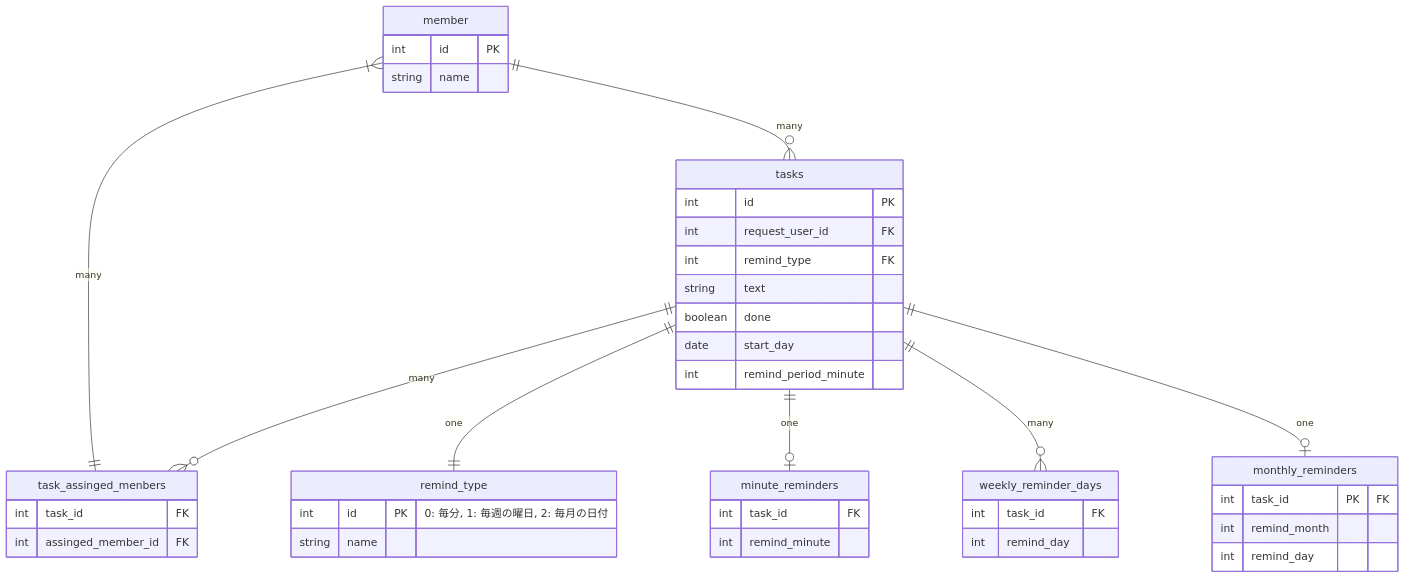
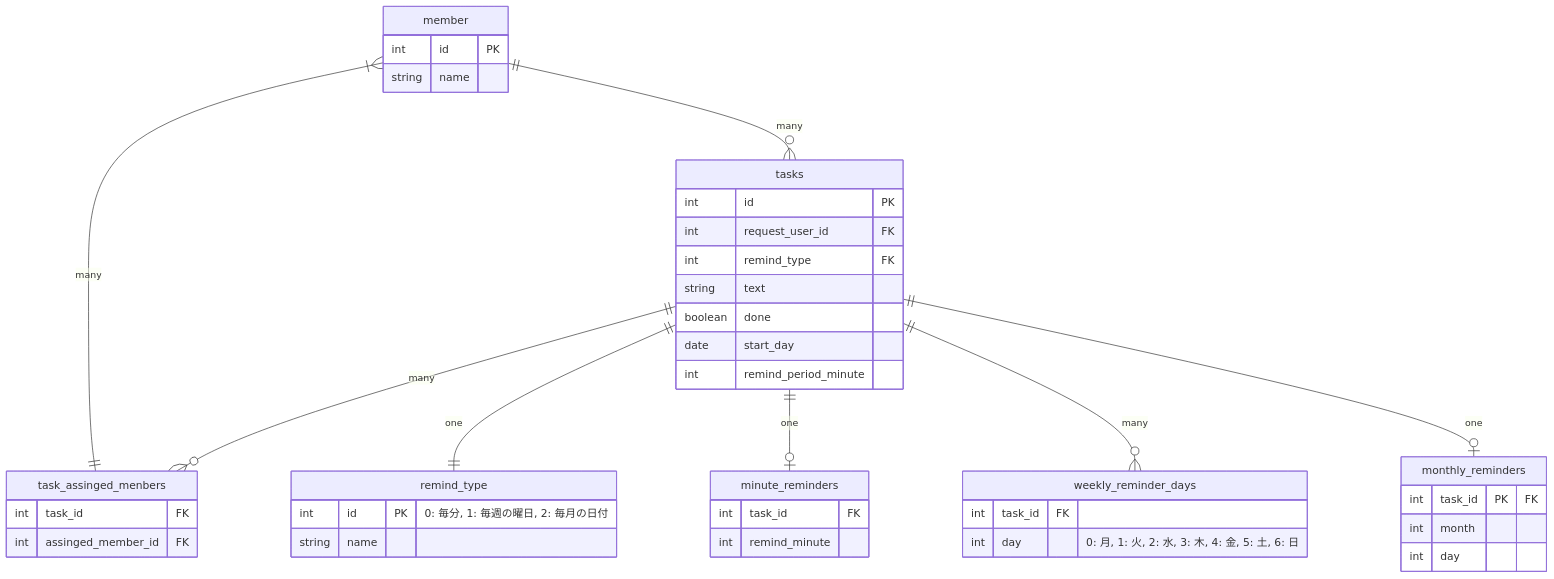
Before and after one commit to HitoroOhria/praha-challenge: the diagram in db/db-modeling-4/README.md, drawn with Mermaid.

Commit message:
冗長性のあるカラム名を修正

````diff
--- a/db/db-modeling-4/README.md
+++ b/db/db-modeling-4/README.md
@@ -5,51 +5,51 @@
 ```mermaid
 erDiagram
 
 member ||--o{ tasks : "many"
 member }|--|| task_assinged_menbers : "many"
 member {
   int id PK
   string name
 }
 
 tasks ||--o{ task_assinged_menbers : "many"
 tasks ||--|| remind_type : "one"
 tasks ||--o| minute_reminders : "one"
 tasks ||--o{ weekly_reminder_days : "many"
 tasks ||--o| monthly_reminders : "one"
 tasks {
   int id PK
   int request_user_id FK
   int remind_type FK
   string text
   boolean done
   date start_day
   int remind_period_minute
 }
 
 task_assinged_menbers {
   int task_id FK
   int assinged_member_id FK 
 }
 
 remind_type {
   int id PK "0: 毎分, 1: 毎週の曜日, 2: 毎月の日付"
   string name
 }
 
 minute_reminders {
   int task_id FK
   int remind_minute
 }
 
 weekly_reminder_days {
   int task_id FK
-  int remind_day
+  int day "0: 月, 1: 火, 2: 水, 3: 木, 4: 金, 5: 土, 6: 日"
 }
 
 monthly_reminders {
   int task_id PK "FK"
-  int remind_month 
-  int remind_day
+  int month 
+  int day
 }
 ```
````
